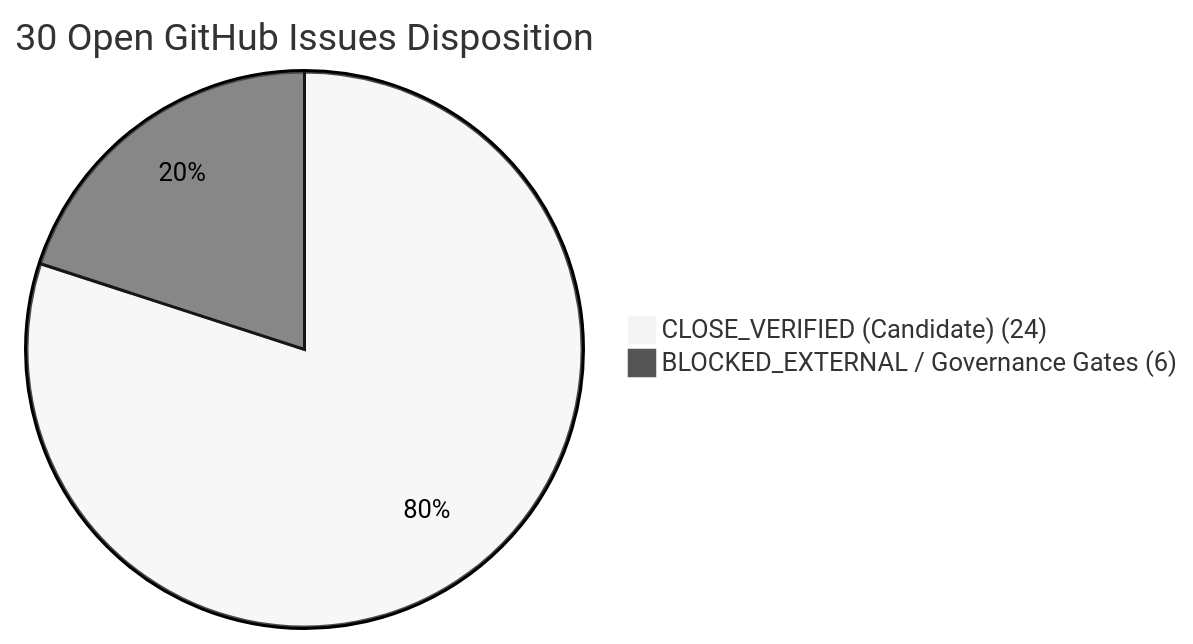
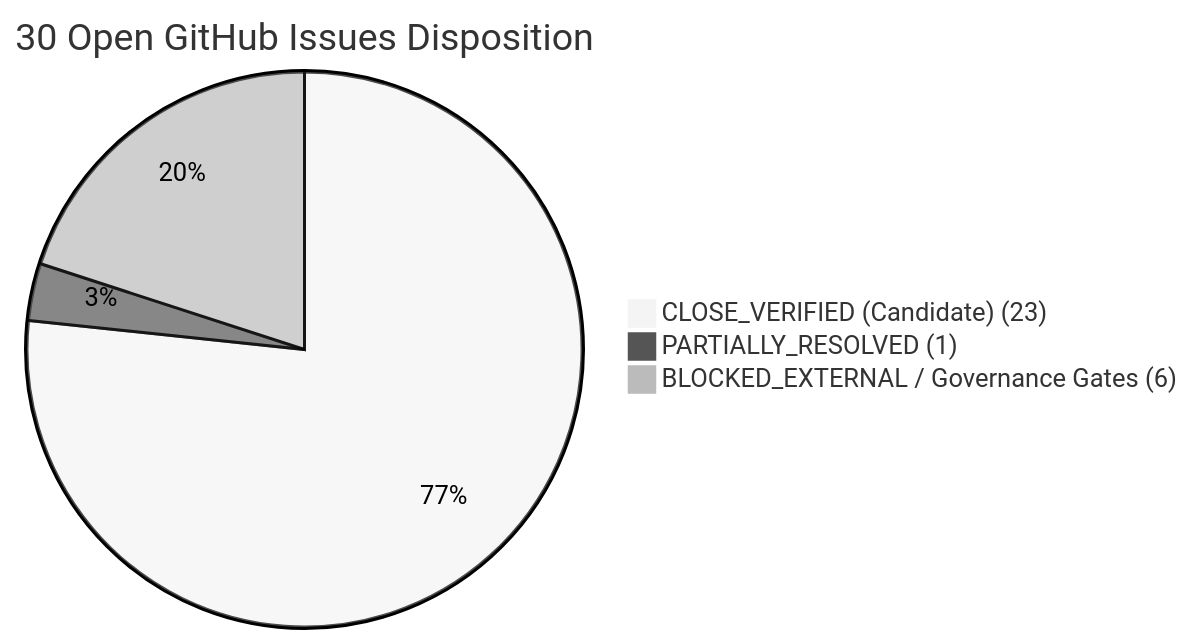
Before and after one commit to o0k00l/MF-AI-Based: the diagram in docs/AUDIT_RECONCILIATION_30_ISSUES.md, drawn with Mermaid (neutral theme). The commit also changed other lines of this file, not shown here.

Commit message:
docs(audit): reconcile #22 to PARTIALLY_RESOLVED and align verification references with live main commit 3af7587

````diff
--- a/docs/AUDIT_RECONCILIATION_30_ISSUES.md
+++ b/docs/AUDIT_RECONCILIATION_30_ISSUES.md
@@ -24,5 +28,6 @@
 ```mermaid
 pie title 30 Open GitHub Issues Disposition
-    "CLOSE_VERIFIED (Candidate) (24)" : 24
+    "CLOSE_VERIFIED (Candidate) (23)" : 23
+    "PARTIALLY_RESOLVED (1)" : 1
     "BLOCKED_EXTERNAL / Governance Gates (6)" : 6
 ```
````
